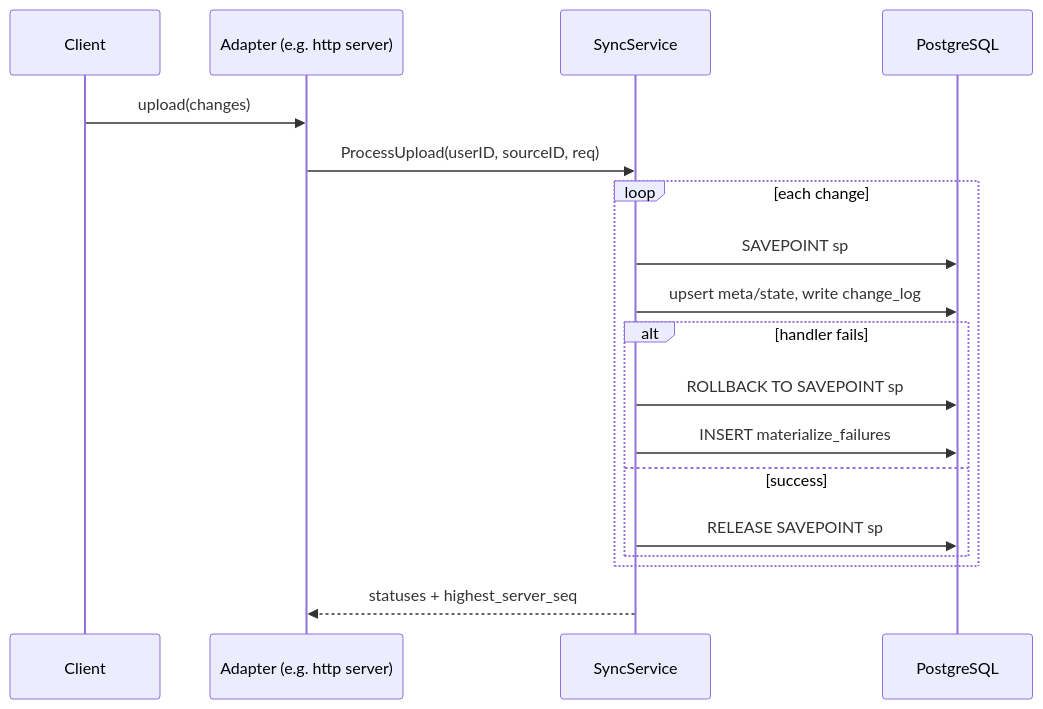
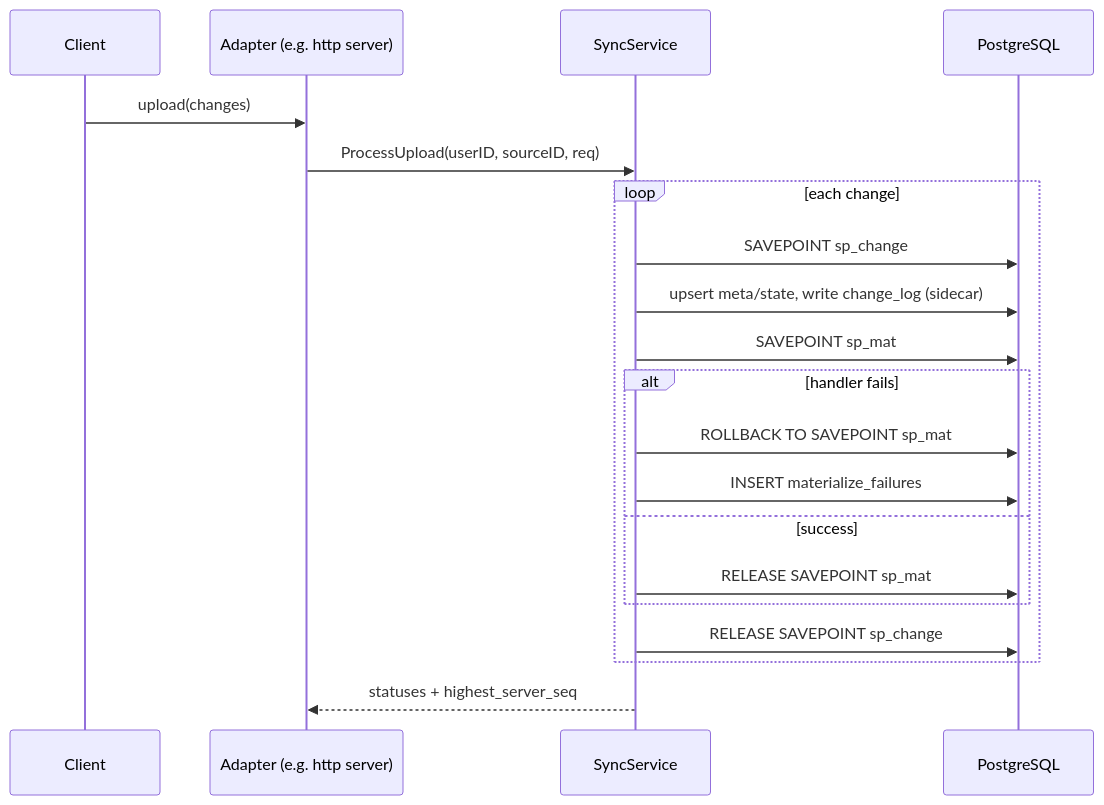
One commit to mobiletoly/go-oversync changed the first of 6 diagrams in docs/documentation/advanced-concepts.md. Above: the diagram before and after it, drawn with Mermaid. The commit also changed other lines of this file and 46 other files, not shown here.

````diff
--- a/docs/documentation/advanced-concepts.md
+++ b/docs/documentation/advanced-concepts.md
@@ -118,20 +122,22 @@
 ```mermaid
 sequenceDiagram
   participant C as Client
   participant A as Adapter (e.g. http server)
   participant S as SyncService
   participant DB as PostgreSQL
   C->>A: upload(changes)
   A->>S: ProcessUpload(userID, sourceID, req)
   loop each change
-    S->>DB: SAVEPOINT sp
-    S->>DB: upsert meta/state, write change_log
+    S->>DB: SAVEPOINT sp_change
+    S->>DB: upsert meta/state, write change_log (sidecar)
+    S->>DB: SAVEPOINT sp_mat
     alt handler fails
-      S->>DB: ROLLBACK TO SAVEPOINT sp
+      S->>DB: ROLLBACK TO SAVEPOINT sp_mat
       S->>DB: INSERT materialize_failures
     else success
-      S->>DB: RELEASE SAVEPOINT sp
+      S->>DB: RELEASE SAVEPOINT sp_mat
     end
+    S->>DB: RELEASE SAVEPOINT sp_change
   end
   S-->>A: statuses + highest_server_seq
 ```
````
